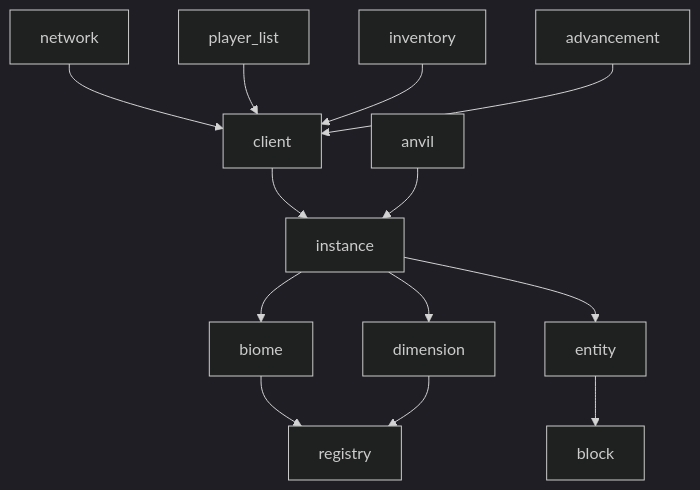
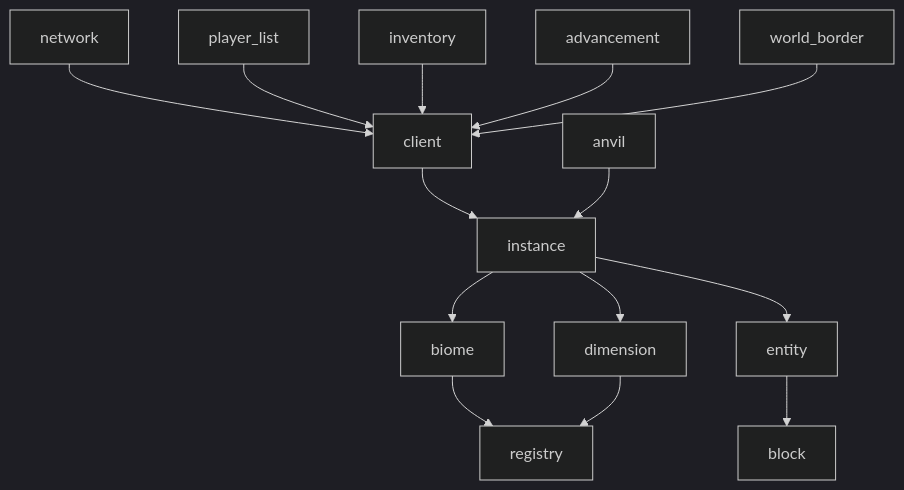
One commit to valence-rs/valence changed the diagram in crates/README.md. Above: the diagram before and after it, drawn with Mermaid (dark theme). The commit also changed 2 other files, not shown here.

Commit message:
Update documentation remove tests in world border crate

````diff
--- a/crates/README.md
+++ b/crates/README.md
@@ -11,15 +11,16 @@
 ```mermaid
 graph TD
   network --> client
 	client --> instance
 	biome --> registry
 	dimension --> registry
 	instance --> biome
 	instance --> dimension
 	instance --> entity
 	player_list --> client
 	inventory --> client
 	anvil --> instance
 	entity --> block
 	advancement --> client
+	world_border --> client
 ```
````
